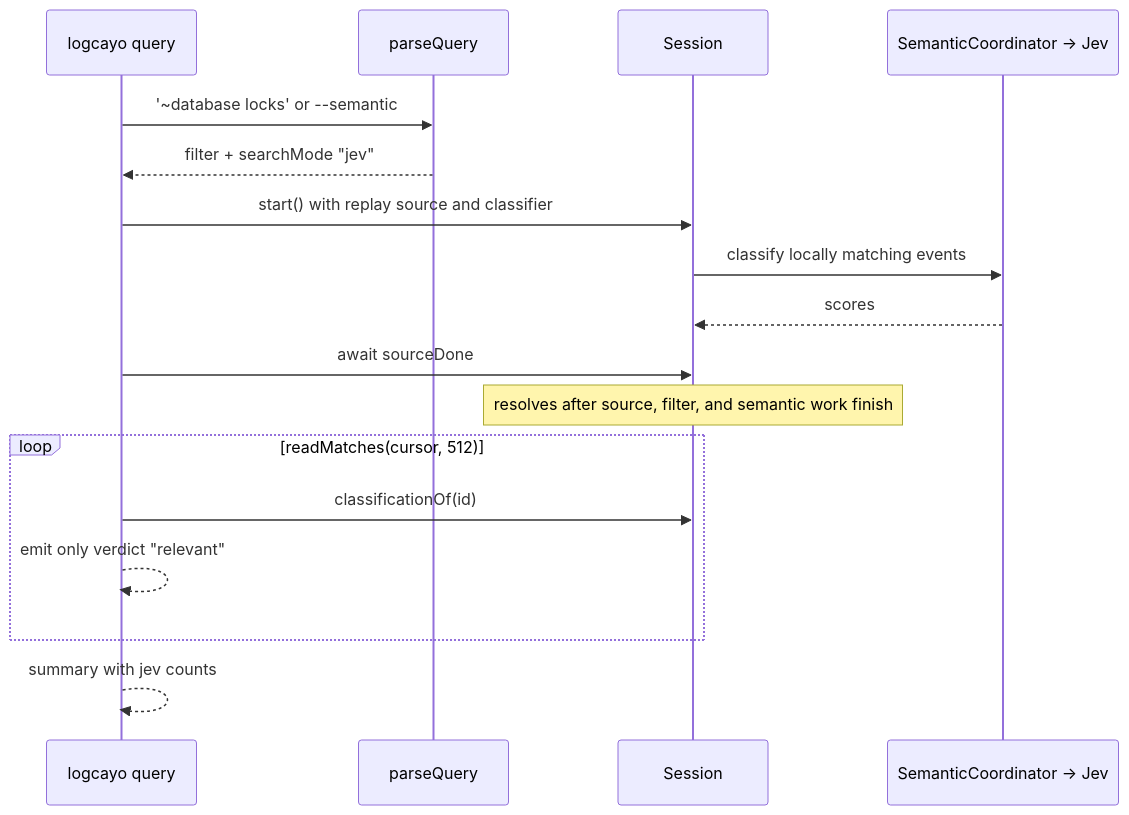
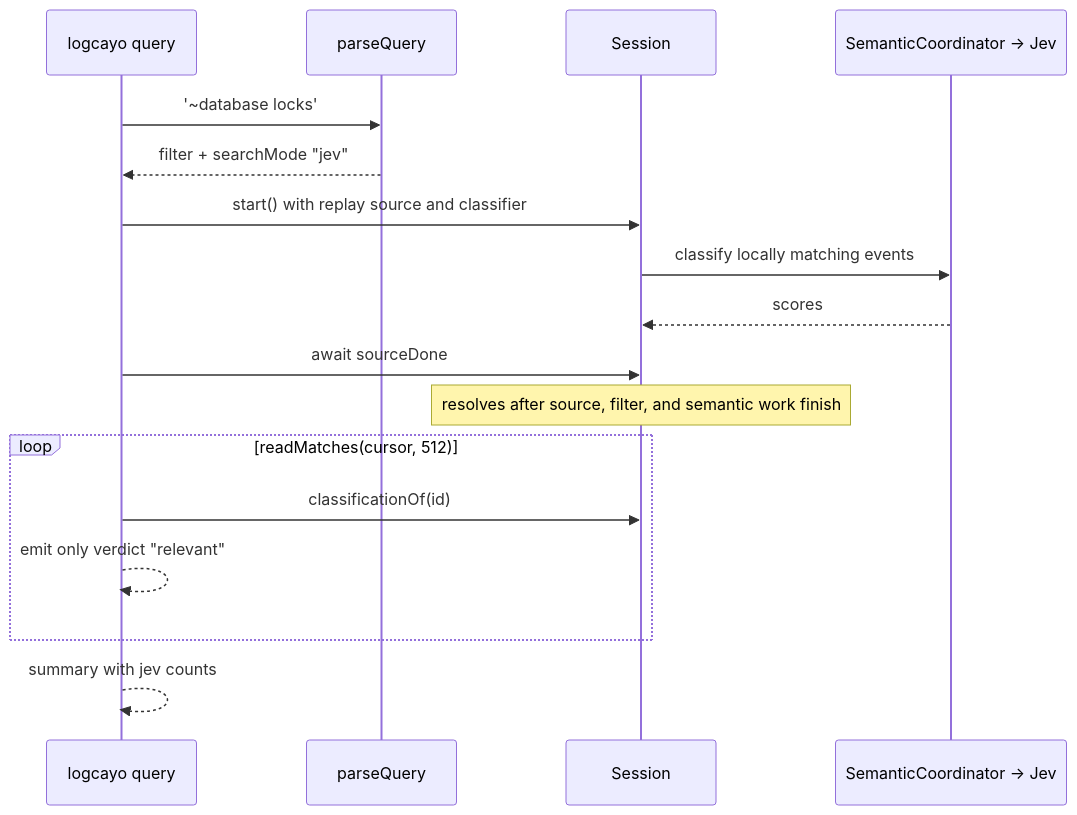
One commit to iurysza/logcayo changed the second of 2 diagrams in docs/query-and-jev.md. Above: the diagram before and after it, drawn with Mermaid. The commit also changed other lines of this file and 1 other file, not shown here.

````diff
--- a/docs/query-and-jev.md
+++ b/docs/query-and-jev.md
@@ -84,19 +84,19 @@
 ```mermaid
 sequenceDiagram
   participant CLI as logcayo query
   participant Core as parseQuery
   participant S as Session
   participant J as SemanticCoordinator → Jev
-  CLI->>Core: '~database locks' or --semantic
+  CLI->>Core: '~database locks'
   Core-->>CLI: filter + searchMode "jev"
   CLI->>S: start() with replay source and classifier
   S->>J: classify locally matching events
   J-->>S: scores
   CLI->>S: await sourceDone
   Note over S: resolves after source, filter, and semantic work finish
   loop readMatches(cursor, 512)
     CLI->>S: classificationOf(id)
     CLI-->>CLI: emit only verdict "relevant"
   end
   CLI-->>CLI: summary with jev counts
 ```
````
